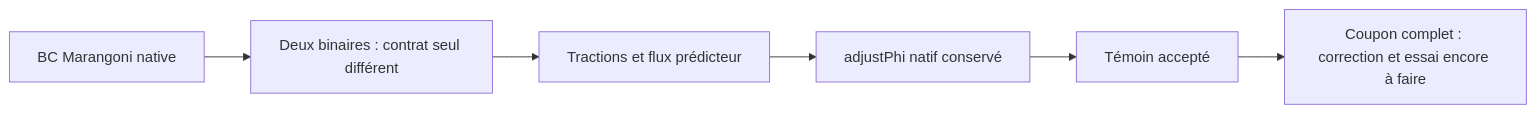
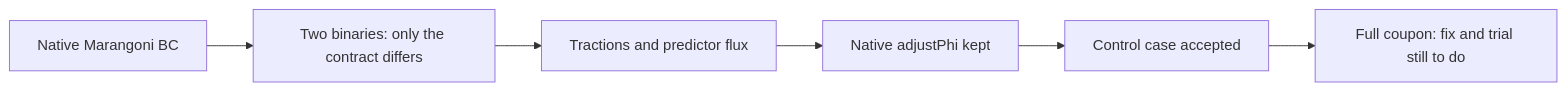
The diagram in docs/reports/M64_F58_PREDICTOR_CONTRACT_20260908.md (cluster2600/porscheparts), drawn with Mermaid before and after one commit. The commit also changed other lines of this file and 228 other files, not shown here.

````diff
--- a/docs/reports/M64_F58_PREDICTOR_CONTRACT_20260908.md
+++ b/docs/reports/M64_F58_PREDICTOR_CONTRACT_20260908.md
@@ -31,8 +32,8 @@
 ```mermaid
 flowchart LR
-    A[BC Marangoni native] --> B[Deux binaires : contrat seul différent]
-    B --> C[Tractions et flux prédicteur]
-    C --> D[adjustPhi natif conservé]
-    D --> E[Témoin accepté]
-    E --> F[Coupon complet : correction et essai encore à faire]
+    A[Native Marangoni BC] --> B[Two binaries: only the contract differs]
+    B --> C[Tractions and predictor flux]
+    C --> D[Native adjustPhi kept]
+    D --> E[Control case accepted]
+    E --> F[Full coupon: fix and trial still to do]
 ```
````
